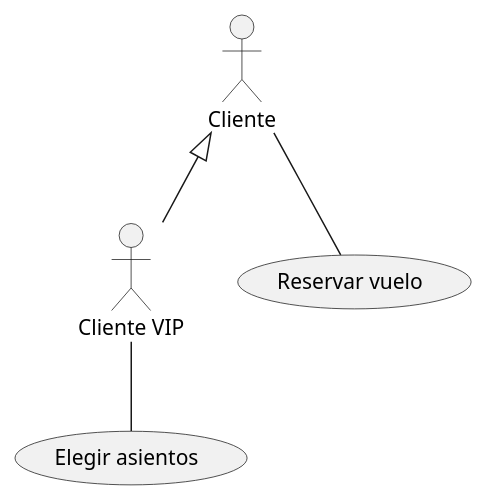
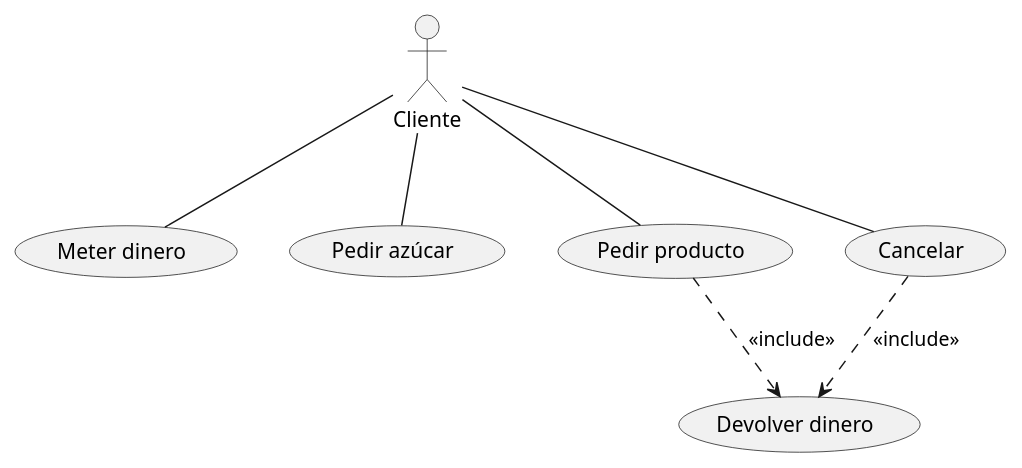
Before and after one commit to abrahambelen/ClasesDeUsoPlantUML_I: the diagram in Elementos.puml, drawn with PlantUML.

Commit message:
Máquina de café.

```diff
--- a/Elementos.puml
+++ b/Elementos.puml
@@ -1,14 +1,20 @@
 @startuml
 
 :Cliente:
-:Cliente VIP:
 
-(Reservar vuelo)
-(Elegir asientos)
+(Meter dinero)
+(Pedir azúcar)
+(Pedir producto)
+(Cancelar)
+(Devolver dinero)
 
-:Cliente: -- (Reservar vuelo)
-:Cliente VIP: -- (Elegir asientos)
+:Cliente: -- (Meter dinero)
+:Cliente: -- (Pedir azúcar)
+:Cliente: -- (Pedir producto)
+:Cliente: -- (Cancelar)
 
-:Cliente: <|-- :Cliente VIP:
+(Cancelar) ..> (Devolver dinero) : <<include>>
+(Pedir producto) ..> (Devolver dinero) : <<include>>
+
 
 @enduml
```
